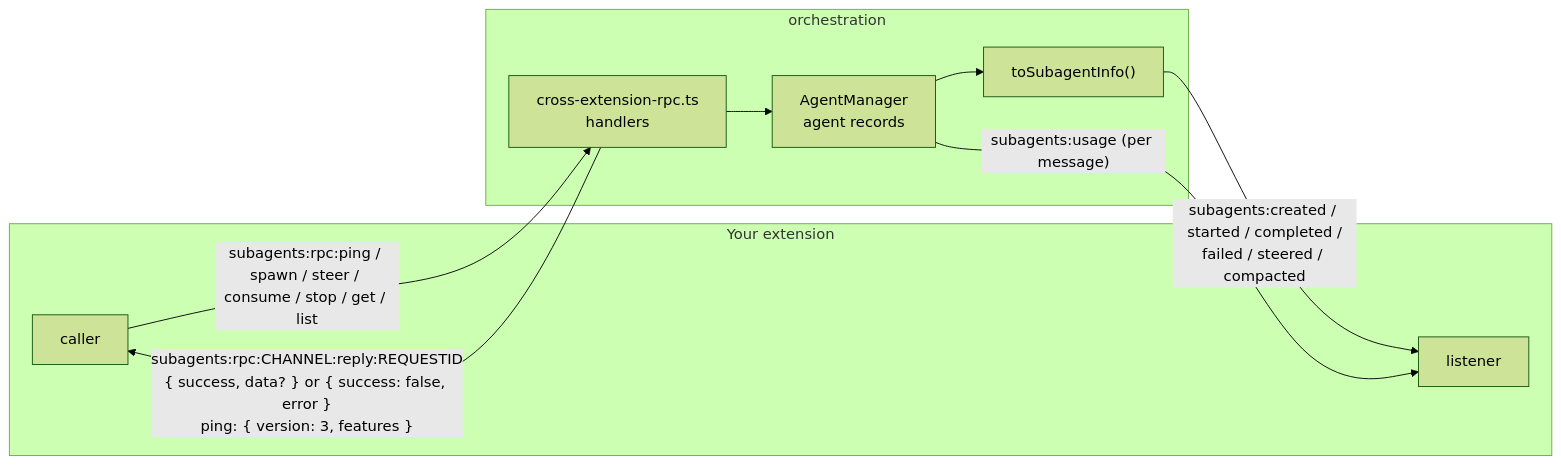
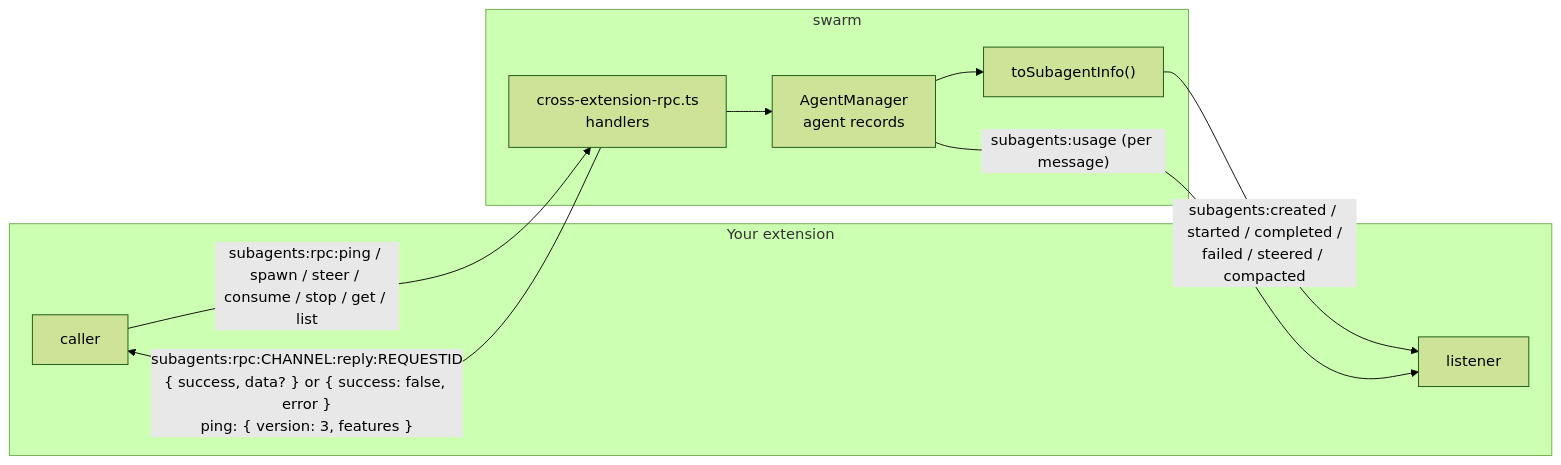
One commit to lfld287/swarm changed the first of 5 diagrams in docs/rpc.md. Above: the diagram before and after it, drawn with Mermaid (forest theme). The commit also changed other lines of this file and 20 other files, not shown here.

````diff
--- a/docs/rpc.md
+++ b/docs/rpc.md
@@ -15,18 +15,18 @@
 ```mermaid
 flowchart LR
   subgraph you["Your extension"]
     L["listener"]
     C["caller"]
   end
-  subgraph ext["orchestration"]
+  subgraph ext["swarm"]
     R["cross-extension-rpc.ts<br/>handlers"]
     M["AgentManager<br/>agent records"]
     I["toSubagentInfo()"]
   end
   C -- "subagents:rpc:ping / spawn / steer / consume / stop / get / list" --> R
   R -- "subagents:rpc:CHANNEL:reply:REQUESTID<br/>{ success, data? } or { success: false, error }<br/>ping: { version: 3, features }" --> C
   R --> M
   M --> I
   I -- "subagents:created / started / completed /<br/>failed / steered / compacted" --> L
   M -- "subagents:usage (per message)" --> L
 ```
````
